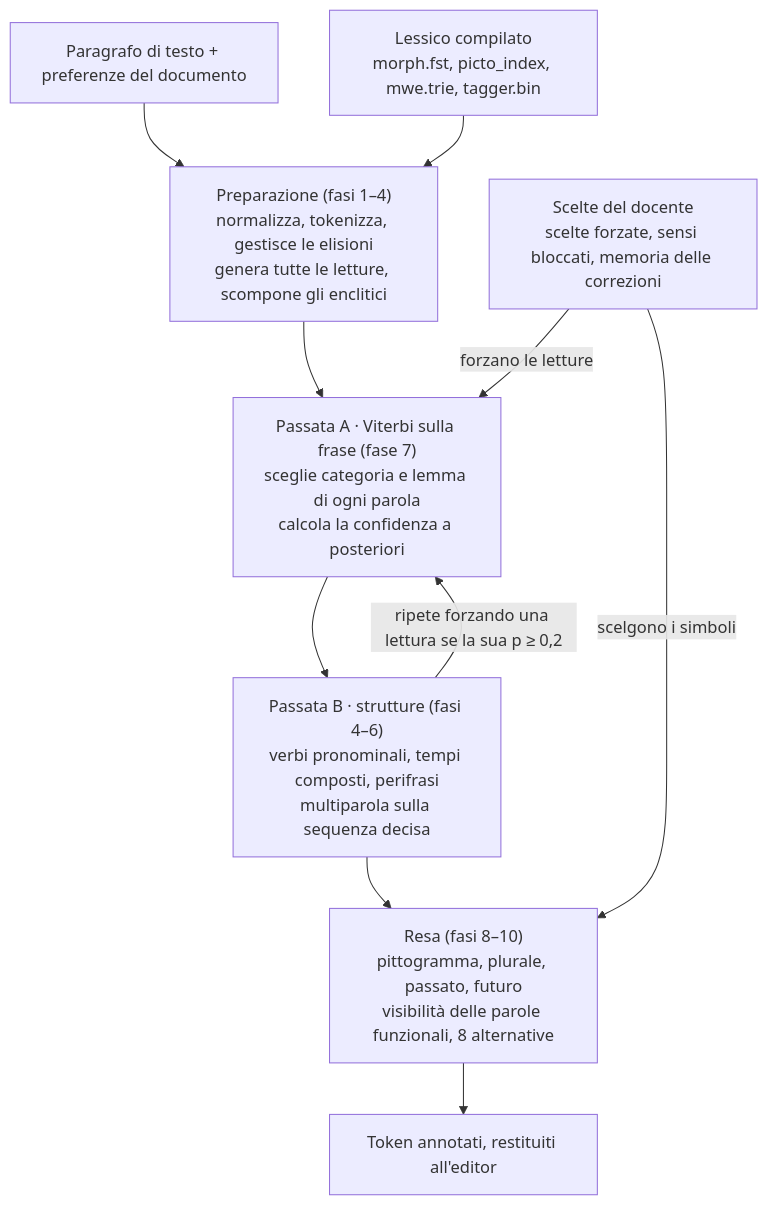
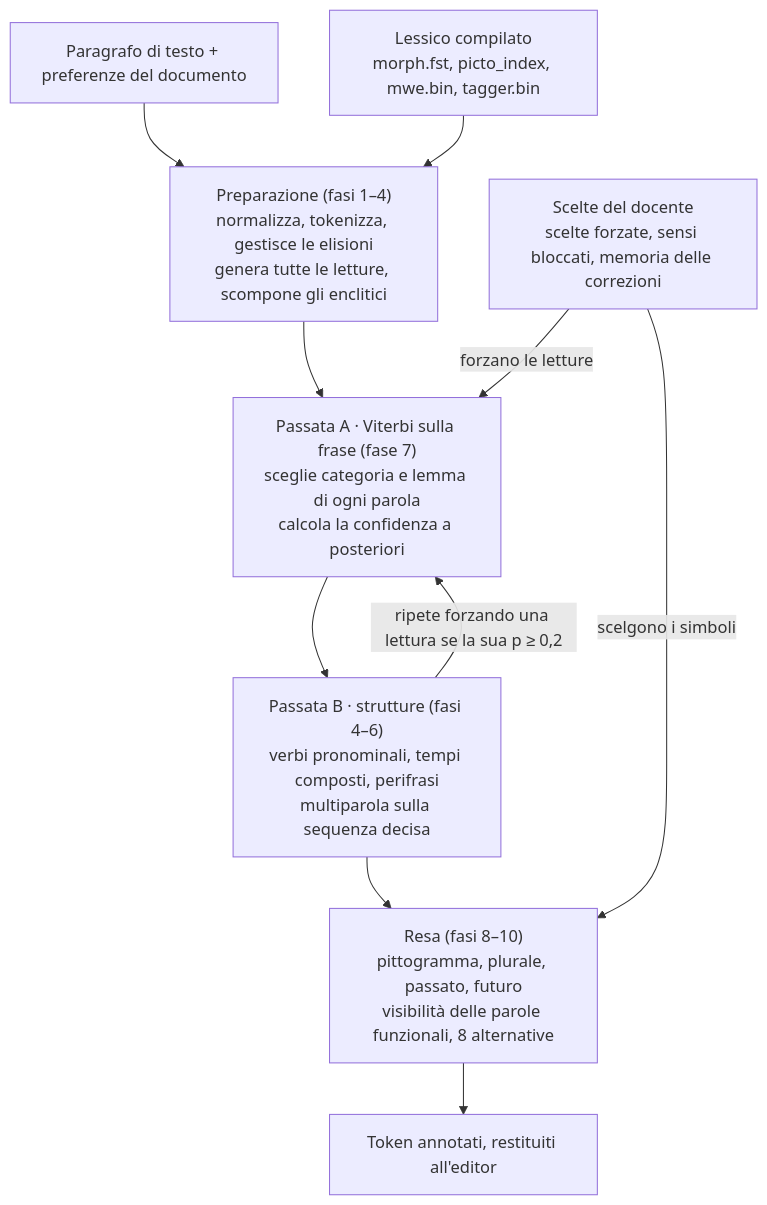
One commit to riccardo1901/CAA changed the second of 2 diagrams in SPEC.md. Above: the diagram before and after it, drawn with Mermaid. The commit also changed other lines of this file and 8 other files, not shown here.

````diff
--- a/SPEC.md
+++ b/SPEC.md
@@ -160,16 +160,16 @@
 ```mermaid
 flowchart TB
   IN["Paragrafo di testo + preferenze del documento"]
   PREP["Preparazione (fasi 1–4)<br/>normalizza, tokenizza, gestisce le elisioni<br/>genera tutte le letture, scompone gli enclitici"]
   A["Passata A · Viterbi sulla frase (fase 7)<br/>sceglie categoria e lemma di ogni parola<br/>calcola la confidenza a posteriori"]
   B["Passata B · strutture (fasi 4–6)<br/>verbi pronominali, tempi composti, perifrasi<br/>multiparola sulla sequenza decisa"]
   R["Resa (fasi 8–10)<br/>pittogramma, plurale, passato, futuro<br/>visibilità delle parole funzionali, 8 alternative"]
   OUT["Token annotati, restituiti all'editor"]
-  LEX["Lessico compilato<br/>morph.fst, picto_index, mwe.trie, tagger.bin"]
+  LEX["Lessico compilato<br/>morph.fst, picto_index, mwe.bin, tagger.bin"]
   T["Scelte del docente<br/>scelte forzate, sensi bloccati, memoria delle correzioni"]
   IN --> PREP --> A --> B --> R --> OUT
   B -->|"ripete forzando una lettura se la sua p ≥ 0,2"| A
   LEX --> PREP
   T -->|"forzano le letture"| A
   T -->|"scelgono i simboli"| R
 ```
````
